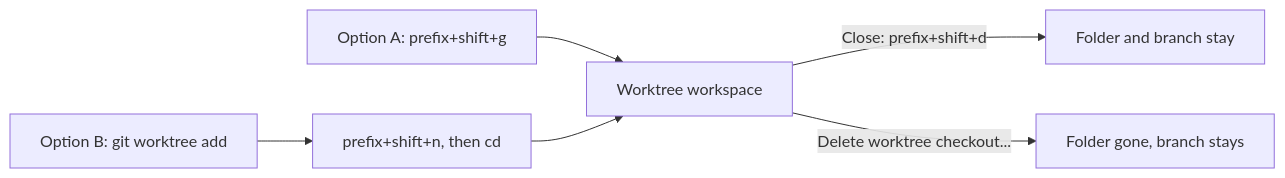
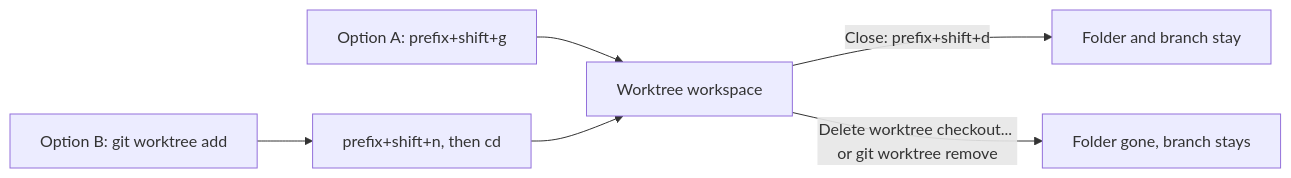
Before and after one commit to justmaocom/justmaocom.github.io: the second of 3 diagrams in _posts/en/2026-11-12-herdr-run-multiple-ai-agents.md, drawn with Mermaid. The commit also changed 18 other files, not shown here.

````diff
--- a/_posts/en/2026-11-12-herdr-run-multiple-ai-agents.md
+++ b/_posts/en/2026-11-12-herdr-run-multiple-ai-agents.md
@@ -194,8 +194,8 @@
 ```mermaid
 flowchart LR
   A["Option A: prefix+shift+g"] --> W[Worktree workspace]
   B["Option B: git worktree add"] --> N["prefix+shift+n, then cd"]
   N --> W
   W -->|"Close: prefix+shift+d"| K[Folder and branch stay]
-  W -->|"Delete worktree checkout..."| F["Folder gone, branch stays"]
+  W -->|"Delete worktree checkout... or git worktree remove"| F["Folder gone, branch stays"]
 ```
````
